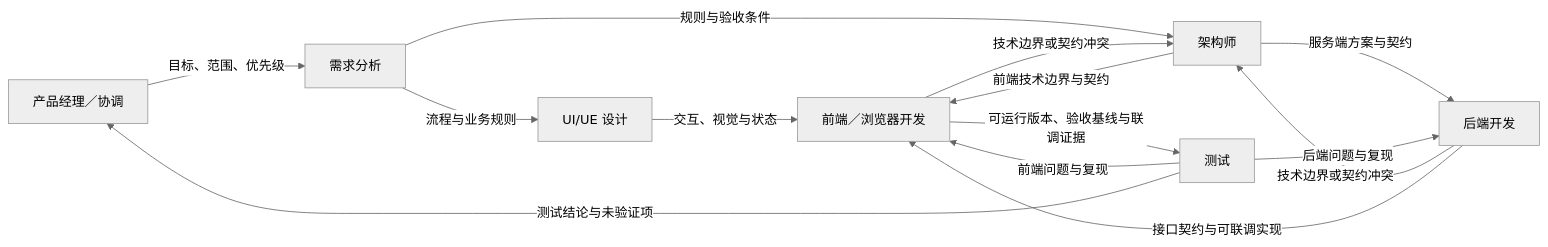
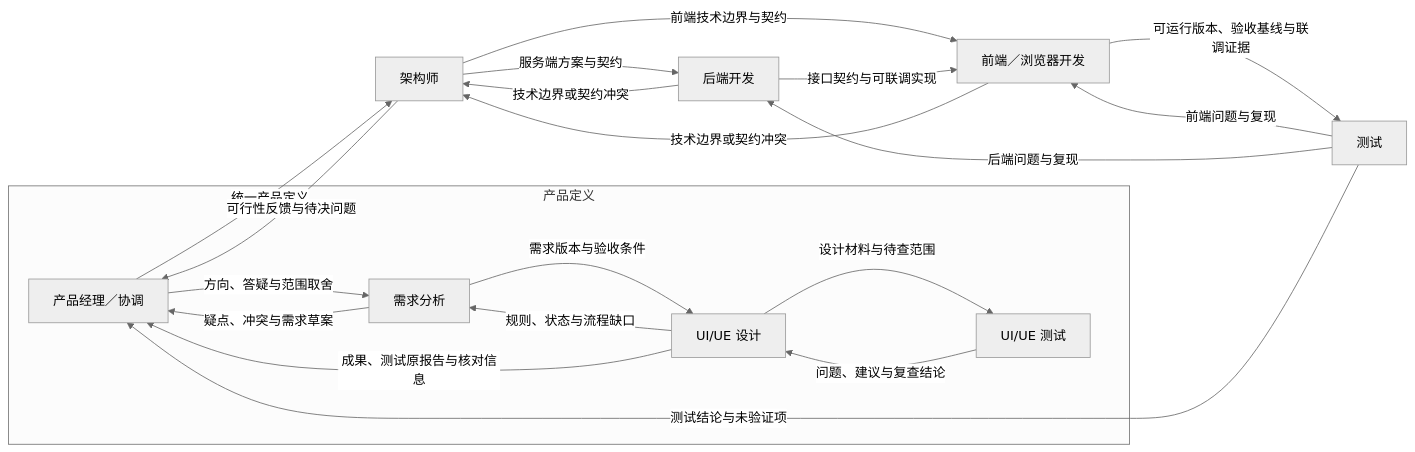
Before and after one commit to shenmuegit/mixcat: the diagram in docs/design/2026-10-22-web-product-team-workflow.md, drawn with Mermaid (neutral theme). The commit also changed other lines of this file and 27 other files, not shown here.

````diff
--- a/docs/design/2026-10-22-web-product-team-workflow.md
+++ b/docs/design/2026-10-22-web-product-team-workflow.md
@@ -55,16 +57,23 @@
 ```mermaid
 flowchart LR
-    PM["产品经理／协调"] -->|目标、范围、优先级| BA["需求分析"]
-    BA -->|流程与业务规则| UX["UI/UE 设计"]
-    BA -->|规则与验收条件| AR["架构师"]
+    subgraph PD["产品定义"]
+        PM["产品经理／协调"] -->|方向、答疑与范围取舍| BA["需求分析"]
+        BA -->|疑点、冲突与需求草案| PM
+        BA -->|需求版本与验收条件| UX["UI/UE 设计"]
+        UX -->|规则、状态与流程缺口| BA
+        UX -->|设计材料与待查范围| DQ["UI/UE 测试"]
+        DQ -->|问题、建议与复查结论| UX
+        UX -->|成果、测试原报告与核对信息| PM
+    end
+    PM -->|统一产品定义| AR["架构师"]
+    AR -->|可行性反馈与待决问题| PM
     AR -->|服务端方案与契约| BE["后端开发"]
     AR -->|前端技术边界与契约| FE["前端／浏览器开发"]
     BE -->|技术边界或契约冲突| AR
     FE -->|技术边界或契约冲突| AR
-    UX -->|交互、视觉与状态| FE["前端／浏览器开发"]
     BE -->|接口契约与可联调实现| FE
     FE -->|可运行版本、验收基线与联调证据| QA["测试"]
     QA -->|前端问题与复现| FE
     QA -->|后端问题与复现| BE
     QA -->|测试结论与未验证项| PM
 ```
````
